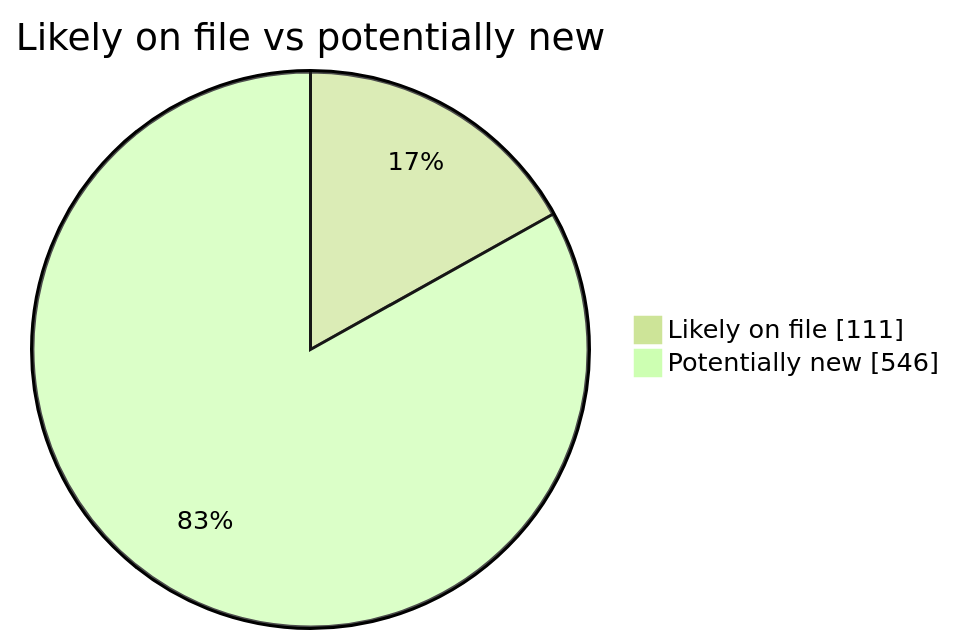
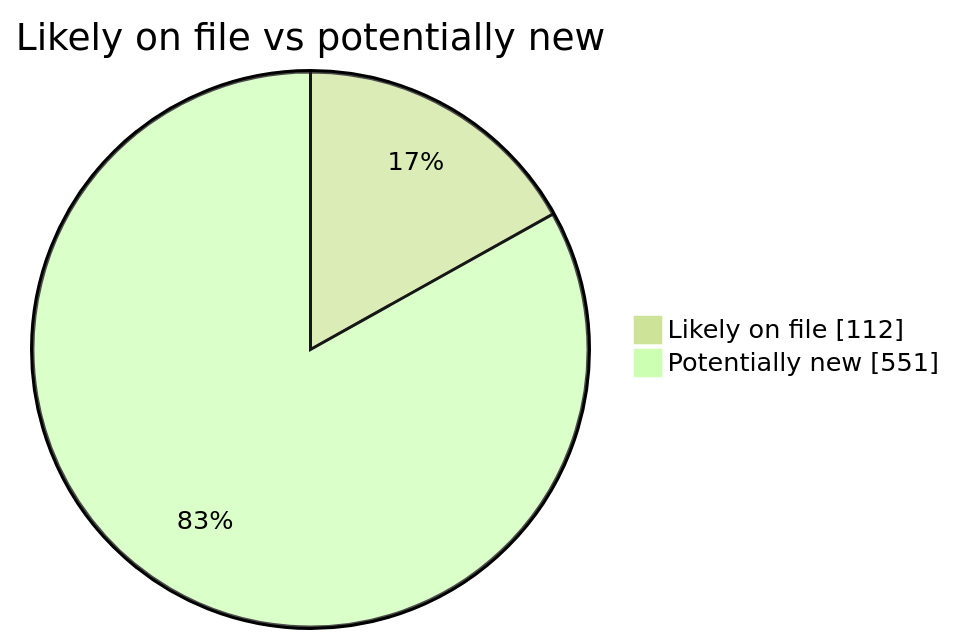
The second of 4 diagrams in README.md (martinbalfanz/social-scanner-reports), drawn with Mermaid (forest theme) before and after one commit. The commit also changed other lines of this file and 4 other files, not shown here.

````diff
--- a/README.md
+++ b/README.md
@@ -40,5 +40,5 @@
 ```mermaid
 pie showData title Likely on file vs potentially new
-    "Likely on file" : 111
-    "Potentially new" : 546
+    "Likely on file" : 112
+    "Potentially new" : 551
 ```
````
